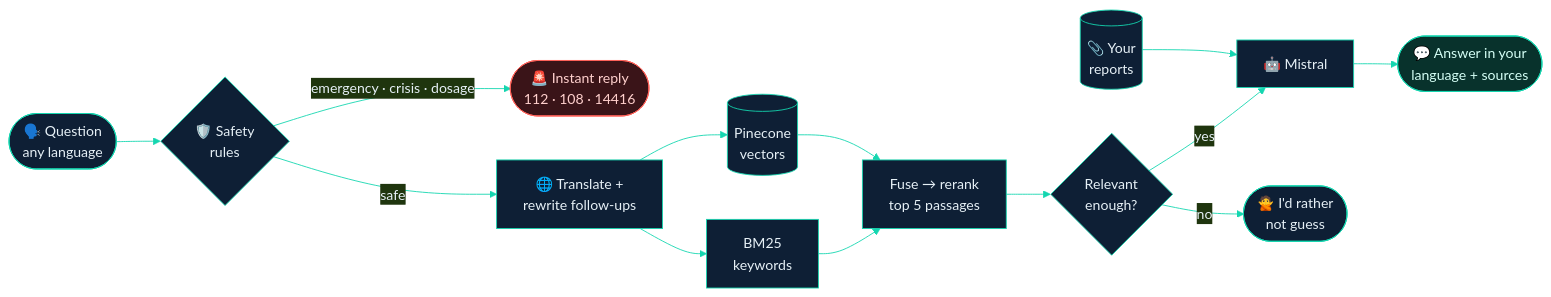
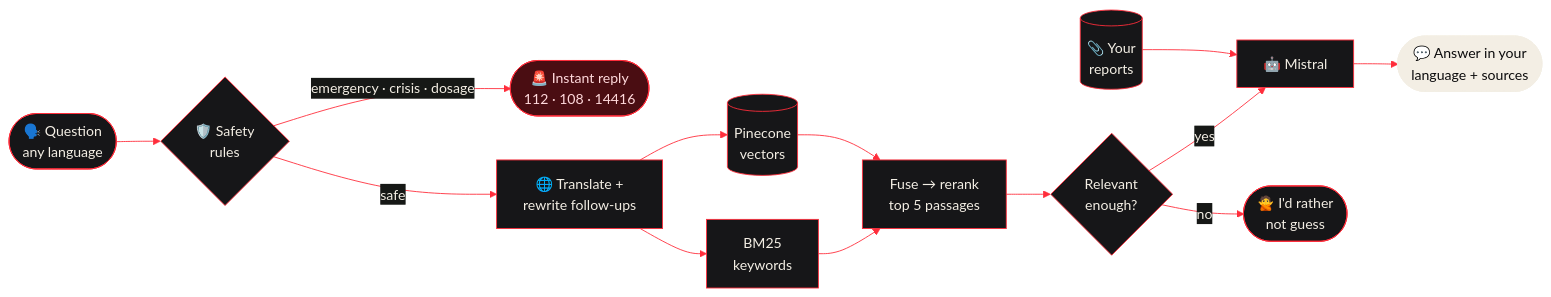
One commit to himanshugithub360/MediRAG changed the diagram in README.md. Above: the diagram before and after it, drawn with Mermaid. The commit also changed other lines of this file and 14 other files, not shown here.

````diff
--- a/README.md
+++ b/README.md
@@ -112,19 +122,19 @@
 ```mermaid
-%%{init: {'theme':'base','themeVariables':{'primaryColor':'#0e1f35','primaryTextColor':'#e6f0f6','primaryBorderColor':'#14d6b0','lineColor':'#14d6b0','fontFamily':'Segoe UI, sans-serif'}}}%%
+%%{init: {'theme':'base','themeVariables':{'primaryColor':'#161618','primaryTextColor':'#f3eee4','primaryBorderColor':'#ff2d3b','lineColor':'#ff2d3b','fontFamily':'Segoe UI, sans-serif'}}}%%
 flowchart LR
     Q([🗣️ Question<br/>any language]) --> S{🛡️ Safety<br/>rules}
     S -- emergency · crisis · dosage --> R1([🚨 Instant reply<br/>112 · 108 · 14416])
     S -- safe --> T[🌐 Translate +<br/>rewrite follow-ups]
     T --> V[(Pinecone<br/>vectors)]
     T --> B[BM25<br/>keywords]
     V & B --> F[Fuse → rerank<br/>top 5 passages]
     U[(📎 Your<br/>reports)] --> L
     F --> C{Relevant<br/>enough?}
     C -- no --> R2([🙅 I'd rather<br/>not guess])
     C -- yes --> L[🤖 Mistral]
     L --> A([💬 Answer in your<br/>language + sources])
-    classDef alert fill:#3a1418,stroke:#ff6159,color:#ffd0cd
-    classDef good fill:#08322c,stroke:#14d6b0,color:#d5fff6
+    classDef alert fill:#4a0d12,stroke:#ff2d3b,color:#ffd9dc
+    classDef good fill:#f3eee4,stroke:#f3eee4,color:#0b0b0c
     class R1 alert
     class A good
 ```
````
